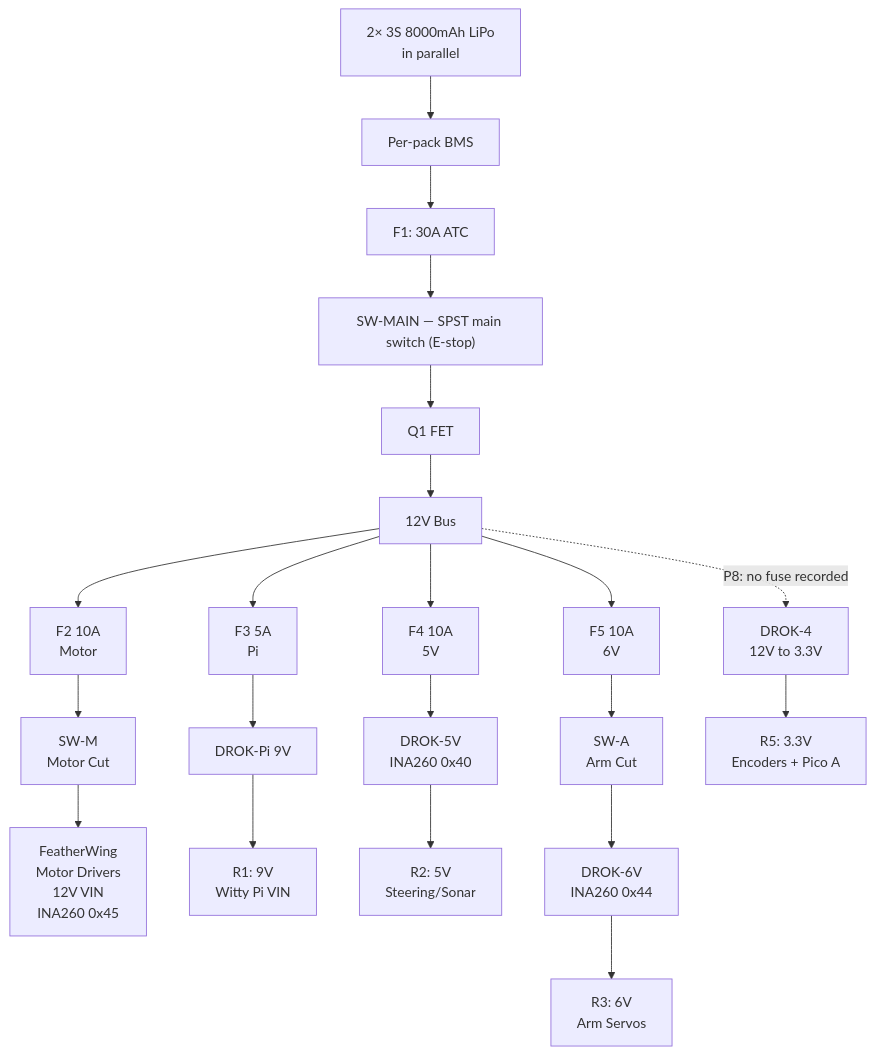
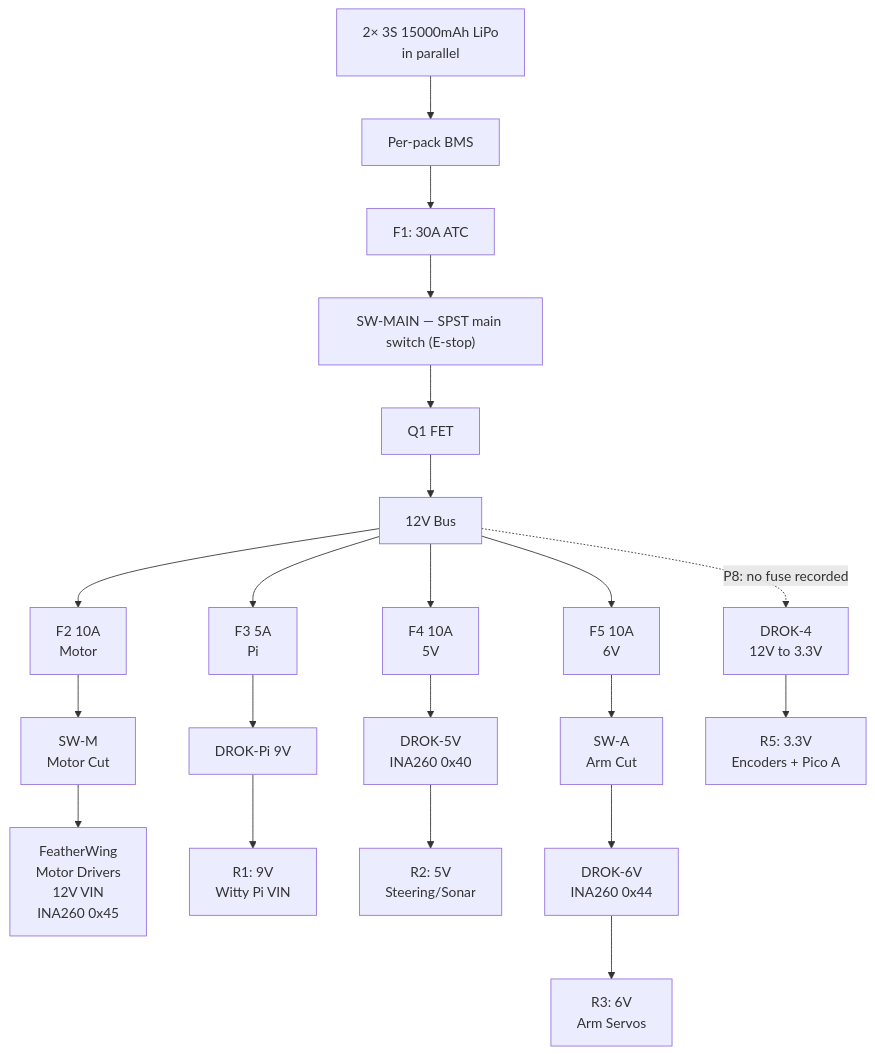
The first of 2 diagrams in docs/WildWilly_Master_Hardware_Design_v2.0.md (hdhimmel/willy-rover), drawn with Mermaid before and after one commit. The commit also changed other lines of this file and 13 other files, not shown here.

````diff
--- a/docs/WildWilly_Master_Hardware_Design_v2.0.md
+++ b/docs/WildWilly_Master_Hardware_Design_v2.0.md
@@ -212,30 +212,30 @@
 ```mermaid
 graph TD
-    BAT["2× 3S 8000mAh LiPo<br/>in parallel"]
+    BAT["2× 3S 15000mAh LiPo<br/>in parallel"]
     BMS["Per-pack BMS"]
     F1["F1: 30A ATC"]
     KCD4["SW-MAIN — SPST main switch (E-stop)"]
     Q1["Q1 FET"]
     BUS["12V Bus"]
     F2["F2 10A<br/>Motor"]
     F3["F3 5A<br/>Pi"]
     F4["F4 10A<br/>5V"]
     F5["F5 10A<br/>6V"]
     SW_M["SW-M<br/>Motor Cut"]
     FW_MOTOR["FeatherWing<br/>Motor Drivers<br/>12V VIN<br/>INA260 0x45"]
     PI_BUCK["DROK-Pi 9V"]
     R1["R1: 9V<br/>Witty Pi VIN"]
     DROK5["DROK-5V<br/>INA260 0x40"]
     R2["R2: 5V<br/>Steering/Sonar"]
     SW_A["SW-A<br/>Arm Cut"]
     DROK6["DROK-6V<br/>INA260 0x44"]
     R3["R3: 6V<br/>Arm Servos"]
     DROK4["DROK-4<br/>12V to 3.3V"]
     R5["R5: 3.3V<br/>Encoders + Pico A"]
     BAT --> BMS --> F1 --> KCD4 --> Q1 --> BUS
     BUS --> F2 --> SW_M --> FW_MOTOR
     BUS --> F3 --> PI_BUCK --> R1
     BUS --> F4 --> DROK5 --> R2
     BUS --> F5 --> SW_A --> DROK6 --> R3
     BUS -.->|P8: no fuse recorded| DROK4 --> R5
 ```
````
